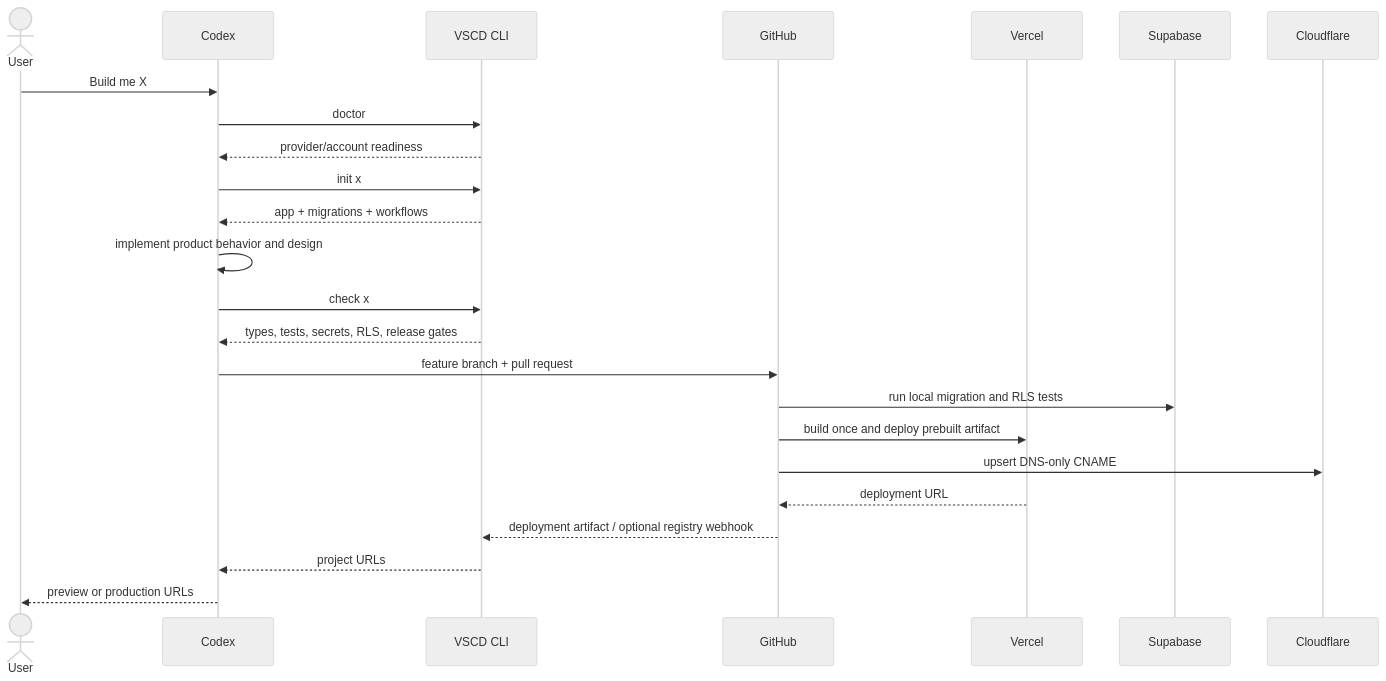
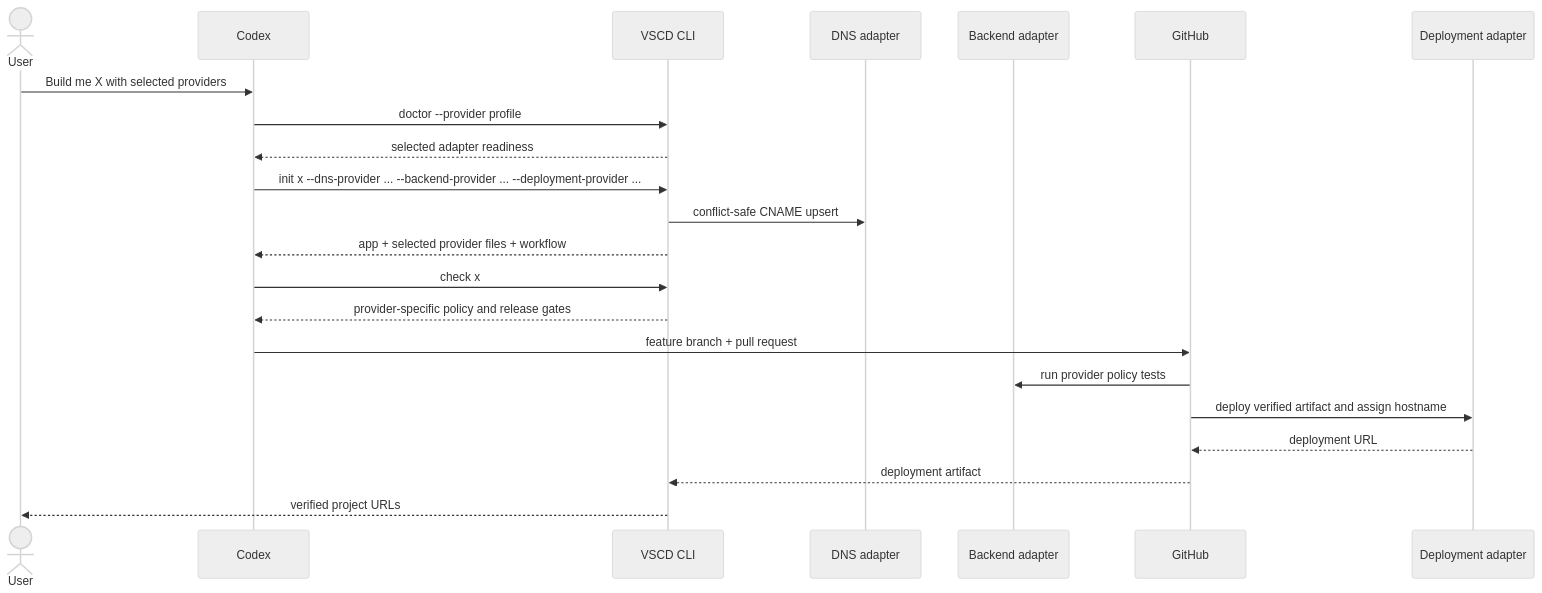
Before and after one commit to moriatz-labs/ribbon: the second of 2 diagrams in docs/architecture.md, drawn with Mermaid (neutral theme). The commit also changed other lines of this file and 59 other files, not shown here.

Commit message:
feat: compose VSCD provider capabilities

````diff
--- a/docs/architecture.md
+++ b/docs/architecture.md
@@ -43,27 +41,25 @@
 ```mermaid
 sequenceDiagram
     actor User
     participant Codex
     participant VSCD as VSCD CLI
+    participant DNS as DNS adapter
+    participant Backend as Backend adapter
     participant GitHub
-    participant Vercel
-    participant Supabase
-    participant Cloudflare
+    participant Deploy as Deployment adapter
 
-    User->>Codex: Build me X
-    Codex->>VSCD: doctor
-    VSCD-->>Codex: provider/account readiness
-    Codex->>VSCD: init x
-    VSCD-->>Codex: app + migrations + workflows
-    Codex->>Codex: implement product behavior and design
+    User->>Codex: Build me X with selected providers
+    Codex->>VSCD: doctor --provider profile
+    VSCD-->>Codex: selected adapter readiness
+    Codex->>VSCD: init x --dns-provider ... --backend-provider ... --deployment-provider ...
+    VSCD->>DNS: conflict-safe CNAME upsert
+    VSCD-->>Codex: app + selected provider files + workflow
     Codex->>VSCD: check x
-    VSCD-->>Codex: types, tests, secrets, RLS, release gates
+    VSCD-->>Codex: provider-specific policy and release gates
     Codex->>GitHub: feature branch + pull request
-    GitHub->>Supabase: run local migration and RLS tests
-    GitHub->>Vercel: build once and deploy prebuilt artifact
-    GitHub->>Cloudflare: upsert DNS-only CNAME
-    Vercel-->>GitHub: deployment URL
-    GitHub-->>VSCD: deployment artifact / optional registry webhook
-    VSCD-->>Codex: project URLs
-    Codex-->>User: preview or production URLs
+    GitHub->>Backend: run provider policy tests
+    GitHub->>Deploy: deploy verified artifact and assign hostname
+    Deploy-->>GitHub: deployment URL
+    GitHub-->>VSCD: deployment artifact
+    VSCD-->>User: verified project URLs
 ```
````
